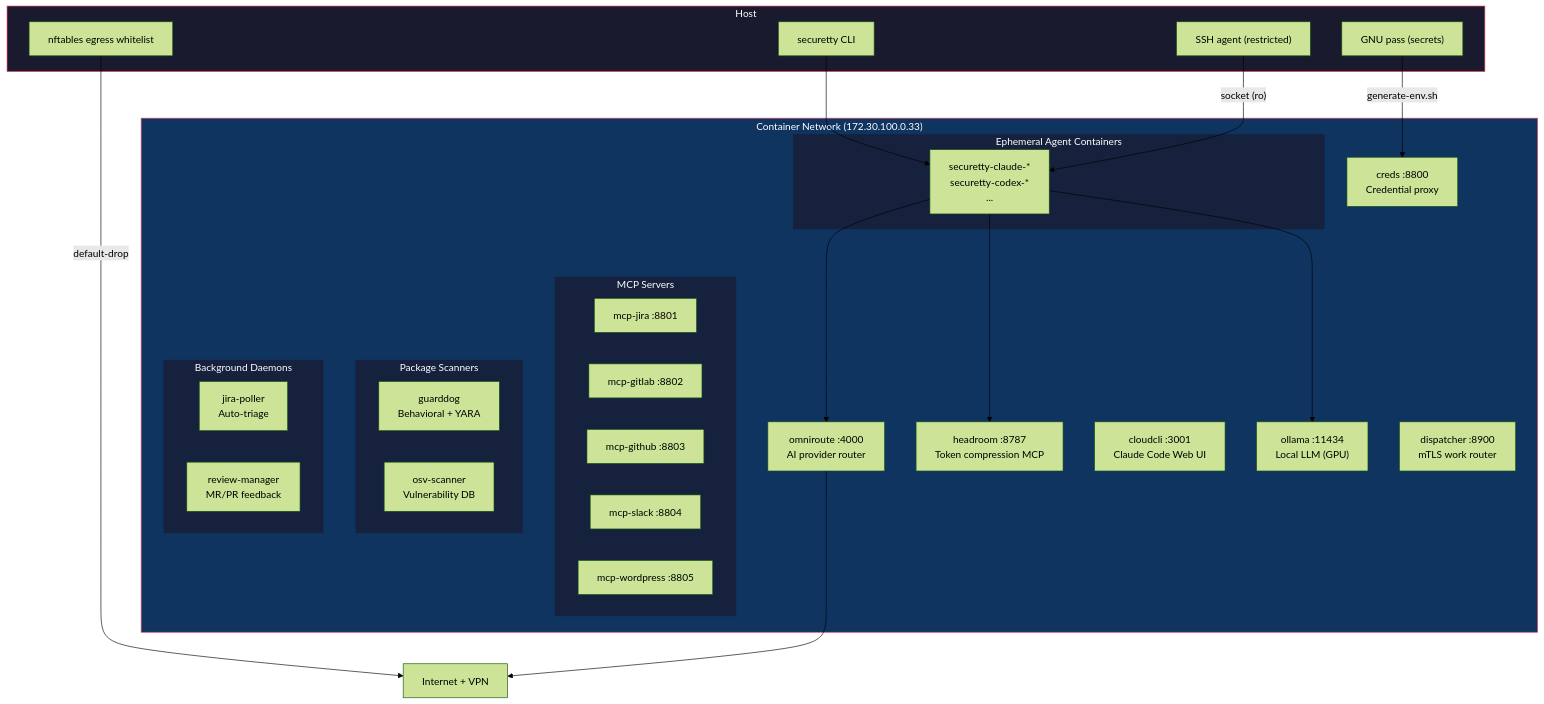
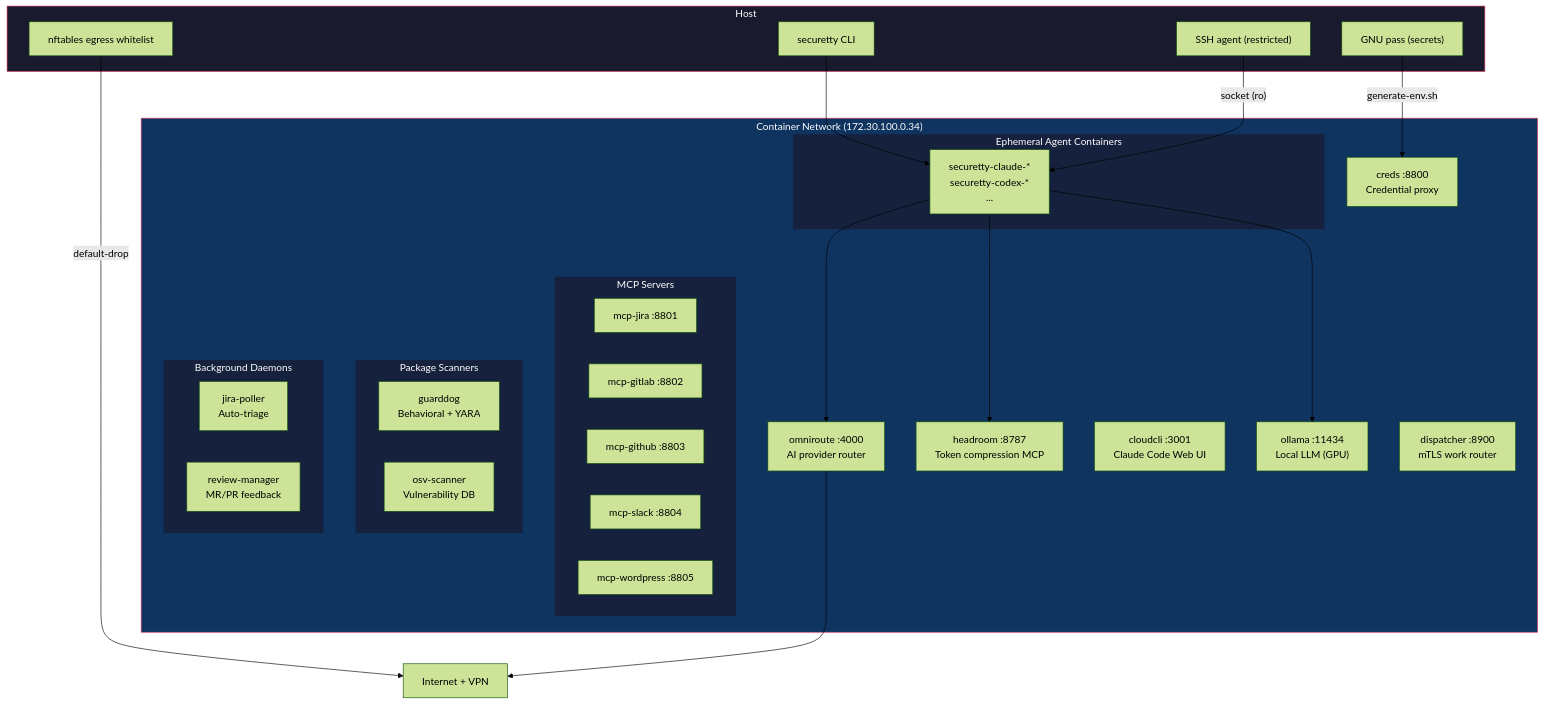
One commit to dmzoneill/securetty changed the first of 2 diagrams in README.md. Above: the diagram before and after it, drawn with Mermaid (forest theme). The commit also changed 1 other file, not shown here.

Commit message:
chore: bump version to v0.0.34

````diff
--- a/README.md
+++ b/README.md
@@ -11,58 +11,58 @@
 ```mermaid
 graph TD
     Internet["Internet + VPN"]
 
     subgraph host["Host"]
         CLI["securetty CLI"]
         SSHAgent["SSH agent (restricted)"]
         Pass["GNU pass (secrets)"]
         Egress["nftables egress whitelist"]
     end
 
-    subgraph network["Container Network (172.30.100.0.33)"]
+    subgraph network["Container Network (172.30.100.0.34)"]
         OmniRoute["omniroute :4000\nAI provider router"]
         Headroom["headroom :8787\nToken compression MCP"]
         CloudCLI["cloudcli :3001\nClaude Code Web UI"]
         Ollama["ollama :11434\nLocal LLM (GPU)"]
         Creds["creds :8800\nCredential proxy"]
         Dispatcher["dispatcher :8900\nmTLS work router"]
 
         subgraph mcp["MCP Servers"]
             Jira["mcp-jira :8801"]
             GitLab["mcp-gitlab :8802"]
             GitHub["mcp-github :8803"]
             Slack["mcp-slack :8804"]
             WordPress["mcp-wordpress :8805"]
         end
 
         subgraph scanners["Package Scanners"]
             GuardDog["guarddog\nBehavioral + YARA"]
             OSV["osv-scanner\nVulnerability DB"]
         end
 
         subgraph agents["Ephemeral Agent Containers"]
             Dev["securetty-claude-*\nsecuretty-codex-*\n..."]
         end
 
         subgraph daemons["Background Daemons"]
             JiraPoller["jira-poller\nAuto-triage"]
             ReviewMgr["review-manager\nMR/PR feedback"]
         end
     end
 
     CLI --> Dev
     Pass -->|"generate-env.sh"| Creds
     SSHAgent -->|"socket (ro)"| Dev
     Egress -->|"default-drop"| Internet
     Dev --> OmniRoute
     Dev --> Headroom
     Dev --> Ollama
     OmniRoute --> Internet
 
     style network fill:#0f3460,stroke:#e94560,color:#fff
     style host fill:#1a1a2e,stroke:#e94560,color:#fff
     style mcp fill:#16213e,stroke:#0f3460,color:#fff
     style scanners fill:#16213e,stroke:#0f3460,color:#fff
     style agents fill:#16213e,stroke:#0f3460,color:#fff
     style daemons fill:#16213e,stroke:#0f3460,color:#fff
 ```
````
